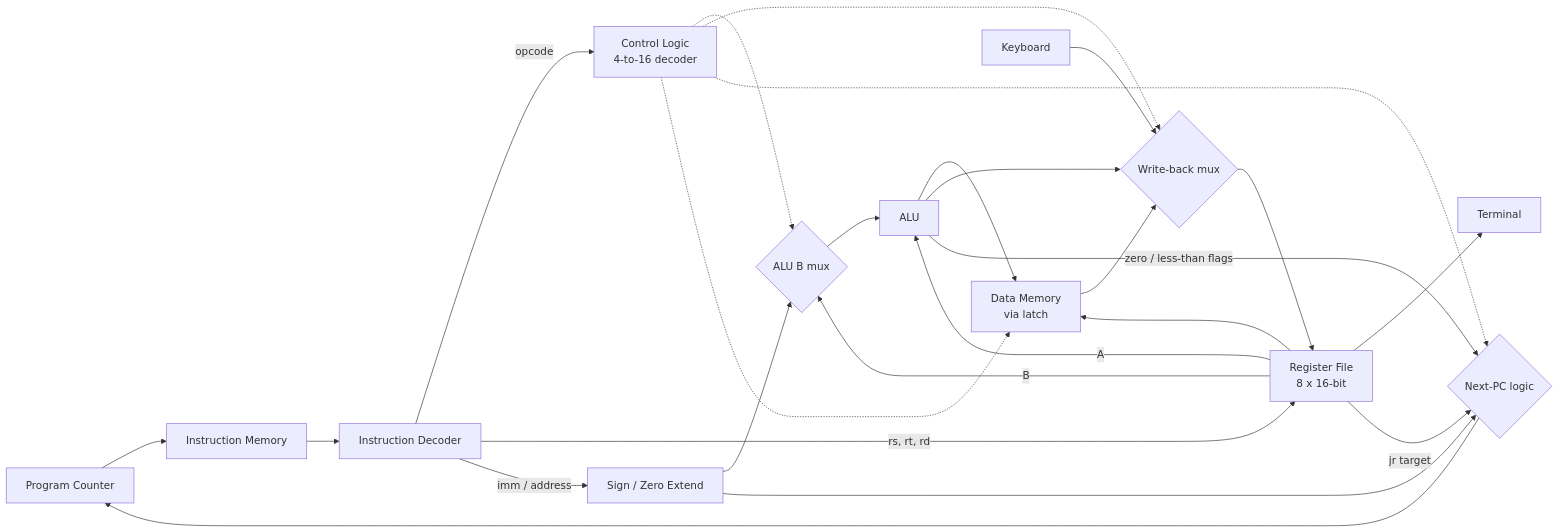
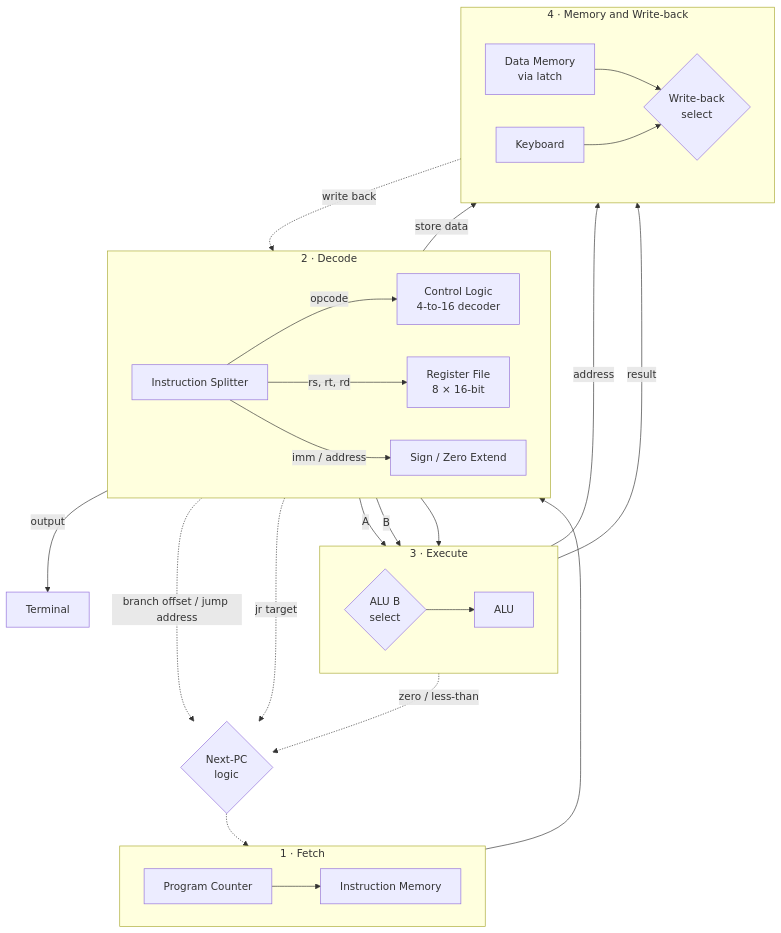
The diagram in README.md (CalebPuc/16-bit_CPU_Logisim-evolution), drawn with Mermaid before and after one commit.

````diff
--- a/README.md
+++ b/README.md
@@ -23,27 +23,40 @@
 ```mermaid
-flowchart LR
-    PC[Program Counter] --> ROM[Instruction Memory]
-    ROM --> SPLIT[Instruction Decoder]
-    SPLIT -->|opcode| CTRL[Control Logic<br/>4-to-16 decoder]
-    SPLIT -->|rs, rt, rd| RF[Register File<br/>8 x 16-bit]
-    SPLIT -->|imm / address| EXT[Sign / Zero Extend]
-    RF -->|A| ALU[ALU]
-    RF -->|B| MUXB{ALU B mux}
+flowchart TB
+    subgraph FETCH["1 · Fetch"]
+        direction LR
+        PC[Program Counter] --> ROM[Instruction Memory]
+    end
+ 
+    subgraph DECODE["2 · Decode"]
+        direction LR
+        SPLIT[Instruction Splitter] -->|opcode| CTRL[Control Logic<br/>4-to-16 decoder]
+        SPLIT -->|rs, rt, rd| RF[Register File<br/>8 × 16-bit]
+        SPLIT -->|imm / address| EXT[Sign / Zero Extend]
+    end
+ 
+    subgraph EXECUTE["3 · Execute"]
+        direction LR
+        MUXB{ALU B<br/>select} --> ALU[ALU]
+    end
+ 
+    subgraph MEMWB["4 · Memory and Write-back"]
+        direction LR
+        MEM[Data Memory<br/>via latch] --> WB{Write-back<br/>select}
+        KB[Keyboard] --> WB
+    end
+ 
+    ROM --> SPLIT
+    RF -->|A| ALU
+    RF -->|B| MUXB
     EXT --> MUXB
-    MUXB --> ALU
-    ALU --> MEM[Data Memory<br/>via latch]
-    RF --> MEM
-    ALU --> WB{Write-back mux}
-    MEM --> WB
-    KB[Keyboard] --> WB
-    WB --> RF
-    RF --> TTY[Terminal]
-    ALU -->|zero / less-than flags| NEXT{Next-PC logic}
-    EXT --> NEXT
-    RF -->|jr target| NEXT
-    NEXT --> PC
-    CTRL -.-> MUXB
-    CTRL -.-> WB
-    CTRL -.-> NEXT
-    CTRL -.-> MEM
+    ALU -->|address| MEM
+    RF -->|store data| MEM
+    ALU -->|result| WB
+    RF -->|output| TTY[Terminal]
+    WB -.->|write back| RF
+ 
+    ALU -.->|zero / less-than| NEXT{Next-PC<br/>logic}
+    EXT -.->|branch offset / jump address| NEXT
+    RF -.->|jr target| NEXT
+    NEXT -.-> PC
 ```
````
